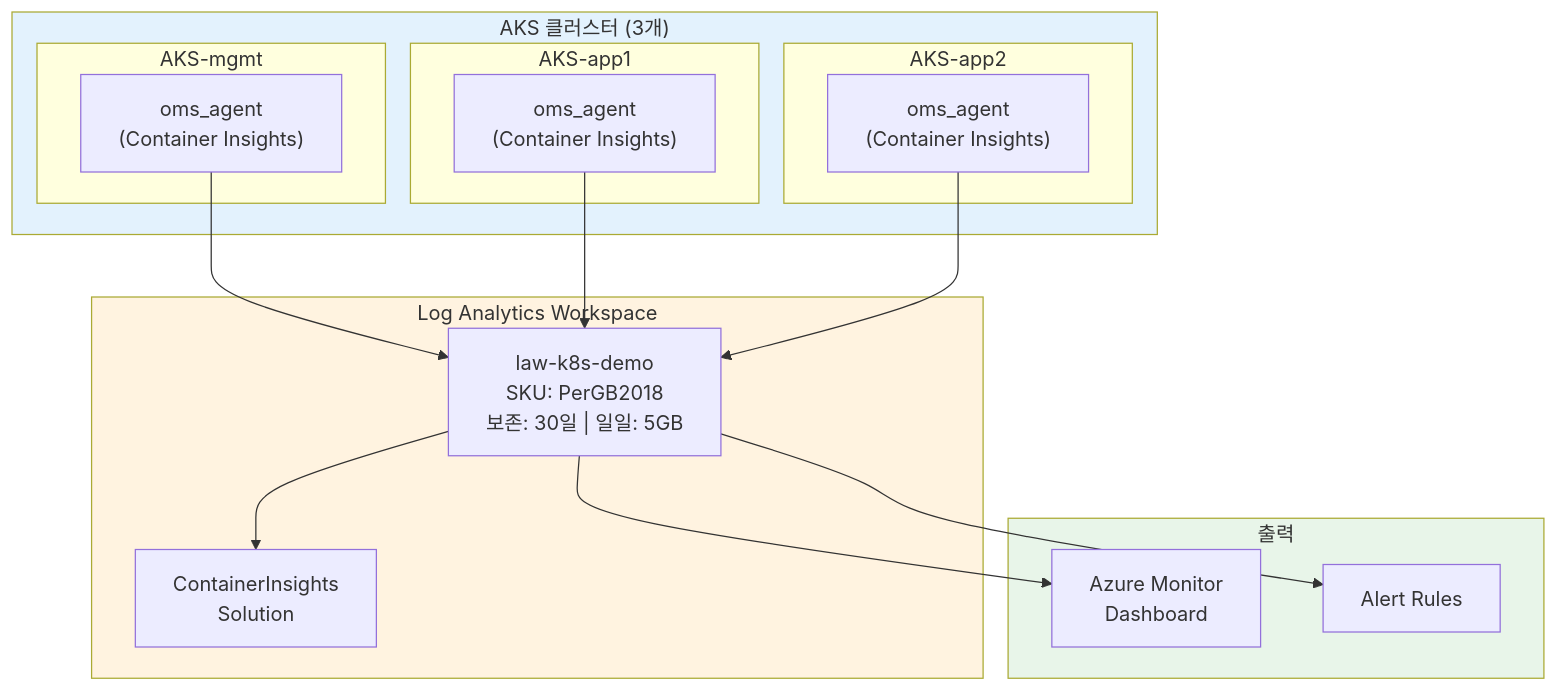
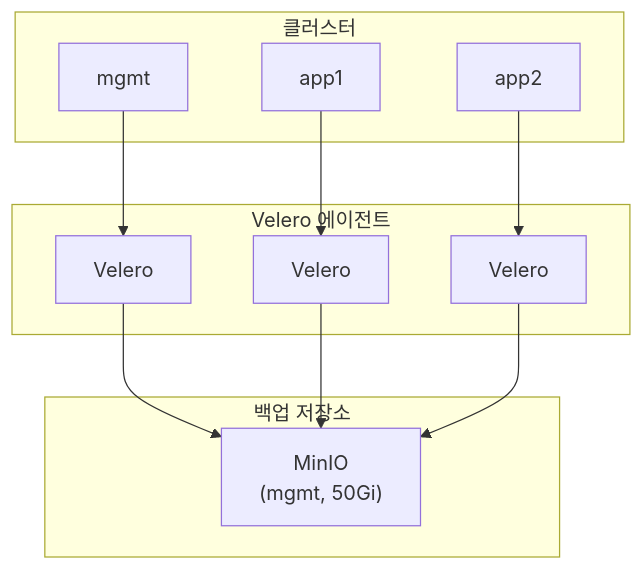
One commit to bocopile/mac-k8s-multipass-terraform changed diagram 12 of 12 in document/on-premise/ARCHITECTURE.md. Above: the diagram before and after it, drawn with Mermaid. The commit also changed other lines of this file and 6 other files, not shown here.

````diff
--- a/document/on-premise/ARCHITECTURE.md
+++ b/document/on-premise/ARCHITECTURE.md
@@ -394,35 +973,22 @@
 ```mermaid
 flowchart TB
-    subgraph Clusters["AKS 클러스터 (3개)"]
-        subgraph mgmt["AKS-mgmt"]
-            ama1["oms_agent<br/>(Container Insights)"]
-        end
-        subgraph app1["AKS-app1"]
-            ama2["oms_agent<br/>(Container Insights)"]
-        end
-        subgraph app2["AKS-app2"]
-            ama3["oms_agent<br/>(Container Insights)"]
-        end
+    subgraph Clusters["클러스터"]
+        mgmt["mgmt"]
+        app1["app1"]
+        app2["app2"]
     end
 
-    subgraph Analytics["Log Analytics Workspace"]
-        LAW["law-k8s-demo<br/>SKU: PerGB2018<br/>보존: 30일 | 일일: 5GB"]
-        CI["ContainerInsights<br/>Solution"]
+    subgraph VeleroAgents["Velero 에이전트"]
+        v1["Velero"]
+        v2["Velero"]
+        v3["Velero"]
     end
 
-    subgraph Outputs["출력"]
-        Monitor["Azure Monitor<br/>Dashboard"]
-        Alert["Alert Rules"]
+    subgraph Storage["백업 저장소"]
+        minio["MinIO<br/>(mgmt, 50Gi)"]
     end
 
-    ama1 --> LAW
-    ama2 --> LAW
-    ama3 --> LAW
-    LAW --> CI
-    LAW --> Monitor
-    LAW --> Alert
-
-    style Clusters fill:#e3f2fd
-    style Analytics fill:#fff3e0
-    style Outputs fill:#e8f5e9
+    mgmt --> v1 --> minio
+    app1 --> v2 --> minio
+    app2 --> v3 --> minio
 ```
````
